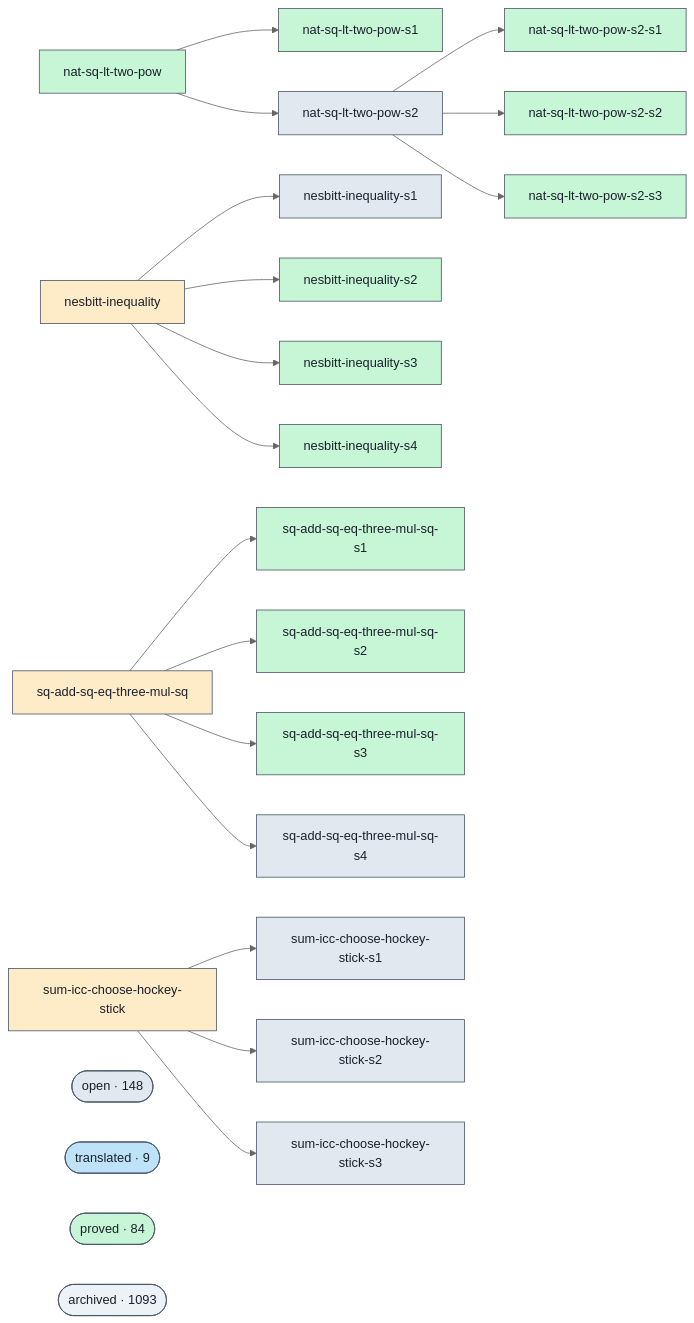
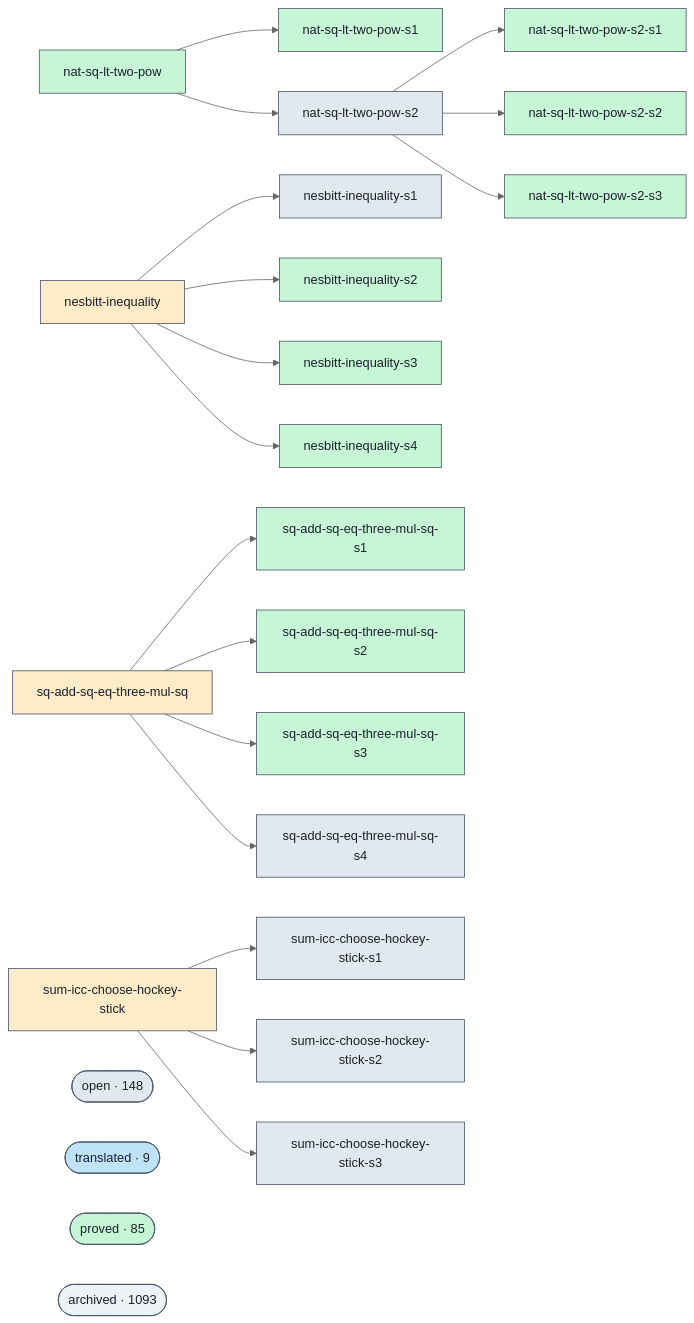
The diagram in docs/proofs-contributors-visualisation.md (Rauxon/unsorry), drawn with Mermaid (neutral theme) before and after one commit. The commit also changed other lines of this file and 2 other files, not shown here.

```diff
--- a/docs/proofs-contributors-visualisation.md
+++ b/docs/proofs-contributors-visualisation.md
@@ -102,7 +102,7 @@
   class cluster_open open;
   cluster_translated(["translated · 9"])
   class cluster_translated translated;
-  cluster_proved(["proved · 84"])
+  cluster_proved(["proved · 85"])
   class cluster_proved proved;
   cluster_archived(["archived · 1093"])
   class cluster_archived unknown;
```
